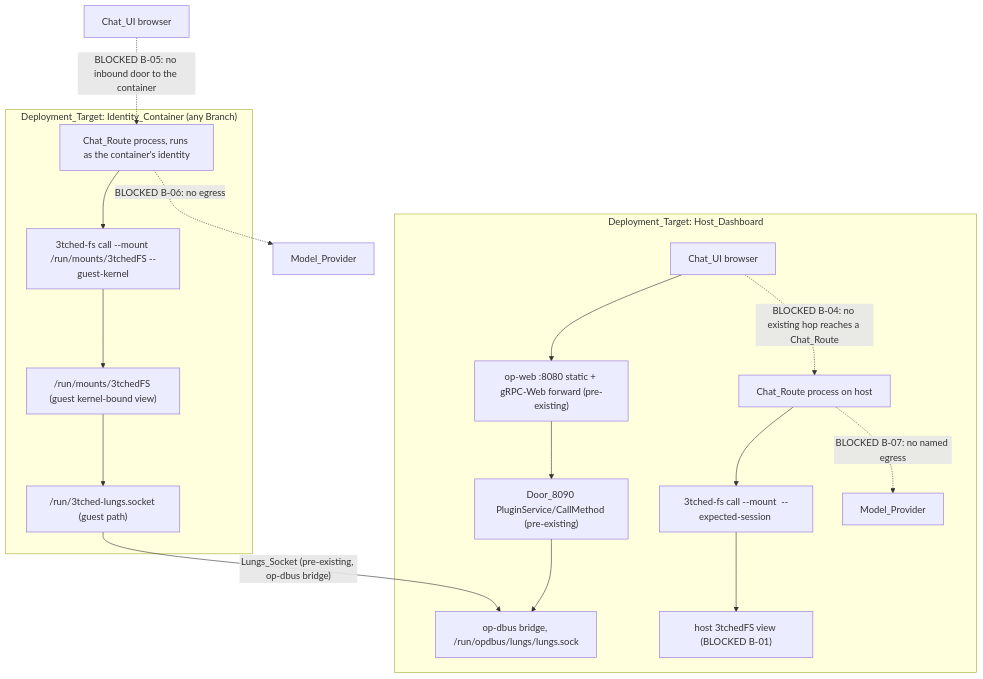
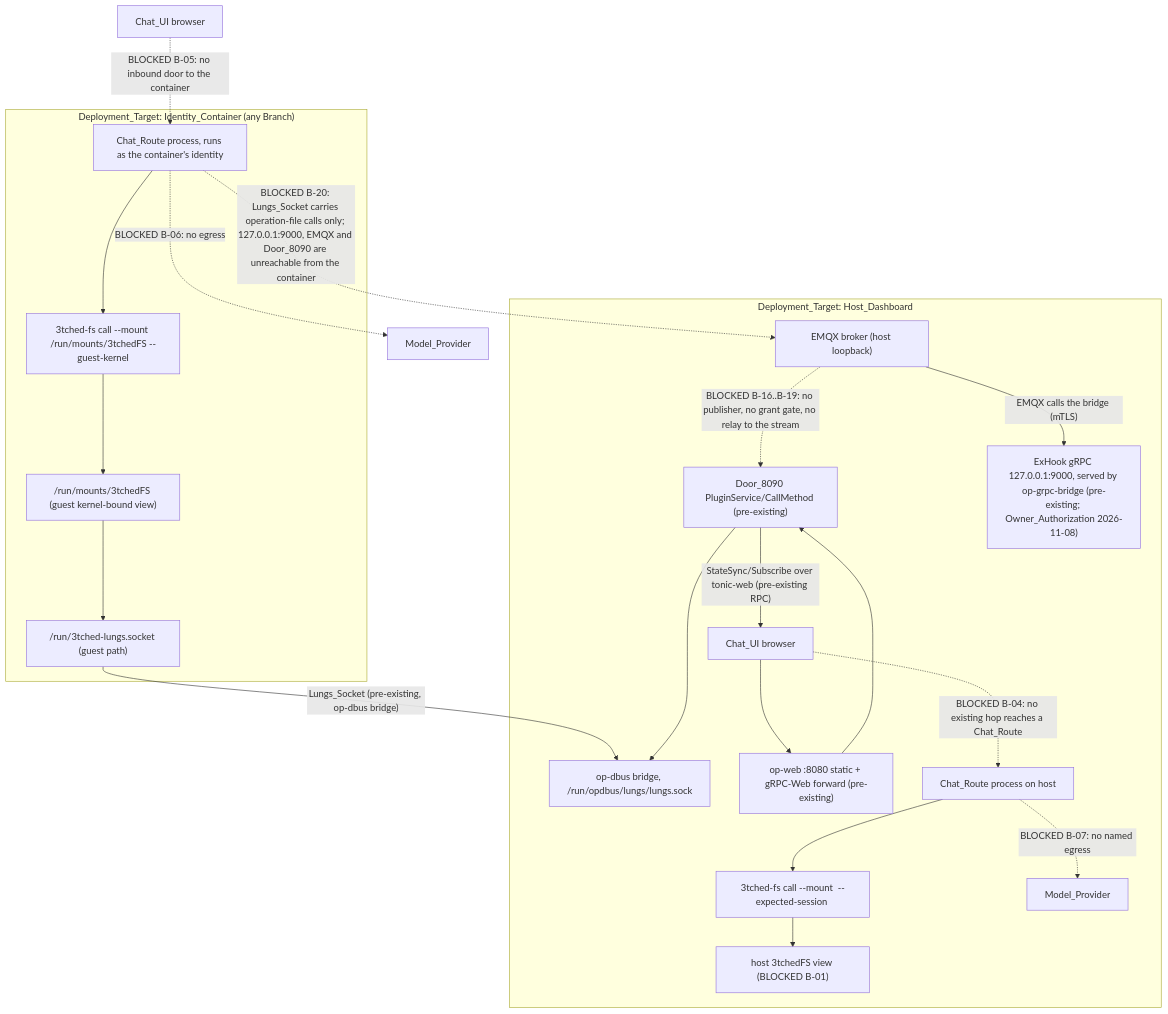
One commit to repr0bated/kiroween changed the second of 10 diagrams in .kiro/specs/identity-chat-interface/design.md. Above: the diagram before and after it, drawn with Mermaid. The commit also changed other lines of this file and 37 other files, not shown here.

````diff
--- a/.kiro/specs/identity-chat-interface/design.md
+++ b/.kiro/specs/identity-chat-interface/design.md
@@ -165,26 +233,32 @@
 ```mermaid
 flowchart TB
   subgraph IC["Deployment_Target: Identity_Container (any Branch)"]
     ICRoute["Chat_Route process, runs as the container's identity"]
     ICCLI["3tched-fs call --mount /run/mounts/3tchedFS --guest-kernel"]
     ICMount["/run/mounts/3tchedFS (guest kernel-bound view)"]
     ICLungs["/run/3tched-lungs.socket (guest path)"]
     ICRoute --> ICCLI --> ICMount --> ICLungs
   end
   ICLungs -->|"Lungs_Socket (pre-existing, op-dbus bridge)"| Bridge["op-dbus bridge, /run/opdbus/lungs/lungs.sock"]
   ICUI["Chat_UI browser"] -.->|"BLOCKED B-05: no inbound door to the container"| ICRoute
   ICRoute -.->|"BLOCKED B-06: no egress"| Prov1["Model_Provider"]
 
   subgraph HD["Deployment_Target: Host_Dashboard"]
     Browser2["Chat_UI browser"]
     OpWeb["op-web :8080 static + gRPC-Web forward (pre-existing)"]
     Door["Door_8090 PluginService/CallMethod (pre-existing)"]
     HDRoute["Chat_Route process on host"]
     HDCLI["3tched-fs call --mount <host view> --expected-session <s>"]
     HDMount["host 3tchedFS view (BLOCKED B-01)"]
     Browser2 --> OpWeb --> Door --> Bridge
     Browser2 -.->|"BLOCKED B-04: no existing hop reaches a Chat_Route"| HDRoute
     HDRoute --> HDCLI --> HDMount
     HDRoute -.->|"BLOCKED B-07: no named egress"| Prov2["Model_Provider"]
+    EMQXH["EMQX broker (host loopback)"]
+    HookH["ExHook gRPC 127.0.0.1:9000, served by op-grpc-bridge (pre-existing; Owner_Authorization 2026-11-08)"]
+    EMQXH -->|"EMQX calls the bridge (mTLS)"| HookH
+    EMQXH -.->|"BLOCKED B-16..B-19: no publisher, no grant gate, no relay to the stream"| Door
+    Door -->|"StateSync/Subscribe over tonic-web (pre-existing RPC)"| Browser2
   end
+  ICRoute -.->|"BLOCKED B-20: Lungs_Socket carries operation-file calls only; 127.0.0.1:9000, EMQX and Door_8090 are unreachable from the container"| EMQXH
 ```
````
